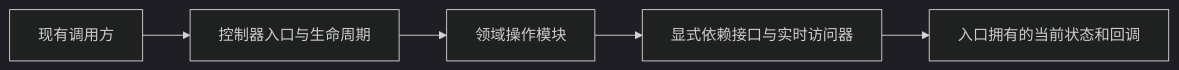
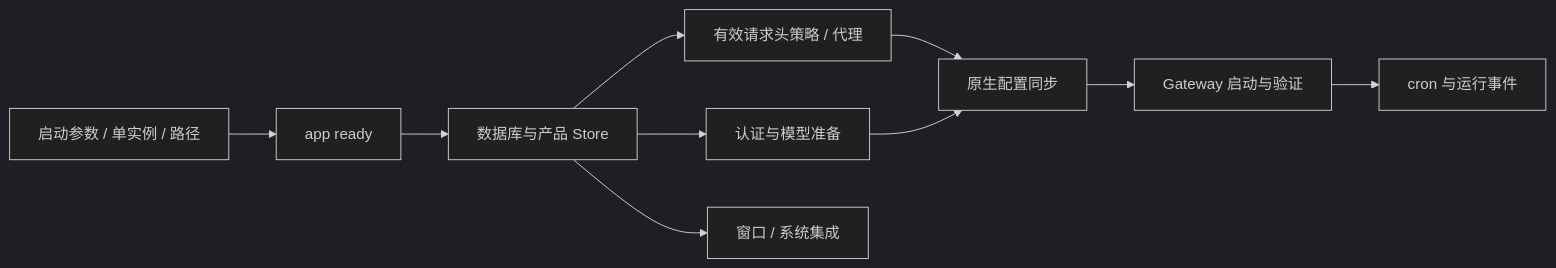
The second of 2 diagrams in docs/architecture/02-architecture.md (liangxhao/JustDo), drawn with Mermaid (dark theme) before and after one commit. The commit also changed other lines of this file and 46 other files, not shown here.

Commit message:
docs: rewrite architecture and feature guides for current implementation

````diff
--- a/docs/architecture/02-architecture.md
+++ b/docs/architecture/02-architecture.md
@@ -154,7 +62,12 @@
 ```mermaid
 flowchart LR
-  Caller[现有调用方] --> Entry[控制器入口与生命周期]
-  Entry --> Domain[领域操作模块]
-  Domain --> Context[显式依赖接口与实时访问器]
-  Context --> State[入口拥有的当前状态和回调]
+  Entry[启动参数 / 单实例 / 路径] --> Ready[app ready]
+  Ready --> Stores[数据库与产品 Store]
+  Stores --> Network[有效请求头策略 / 代理]
+  Stores --> Identity[认证与模型准备]
+  Network --> Sync[原生配置同步]
+  Identity --> Sync
+  Sync --> Gateway[Gateway 启动与验证]
+  Gateway --> Poll[cron 与运行事件]
+  Stores --> Window[窗口 / 系统集成]
 ```
````
